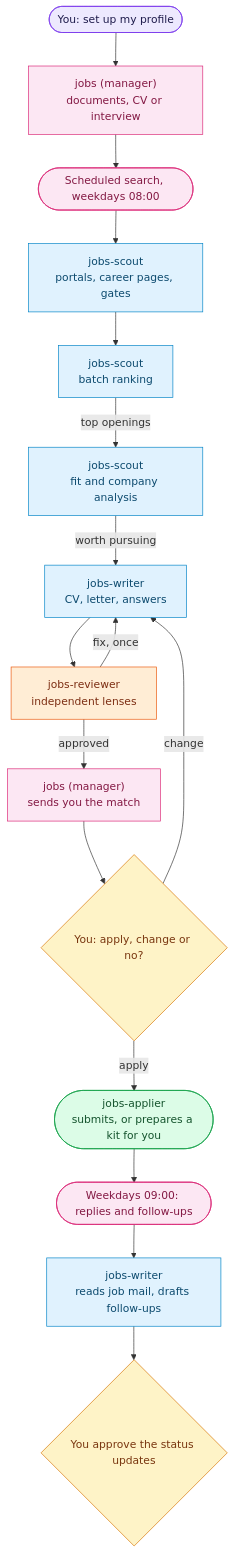
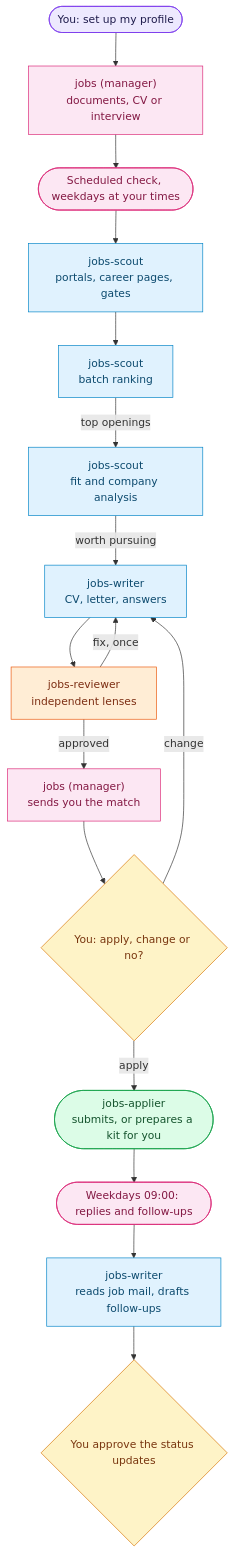
Before and after one commit to PuntoyComaTech/hermes-agent-squads: the diagram in squads/jobs/README.md, drawn with Mermaid. The commit also changed other lines of this file and 26 other files, not shown here.

````diff
--- a/squads/jobs/README.md
+++ b/squads/jobs/README.md
@@ -16,26 +16,26 @@
 ```mermaid
 flowchart TD
     U(["You: set up my profile"]):::you
     U --> J["jobs (manager)<br/>documents, CV or interview"]:::lead
-    J --> T(["Scheduled search, weekdays 08:00"]):::lead
+    J --> T(["Scheduled check, weekdays at your times"]):::lead
     T --> S["jobs-scout<br/>portals, career pages, gates"]:::bot
     S --> RK["jobs-scout<br/>batch ranking"]:::bot
     RK -->|"top openings"| AN["jobs-scout<br/>fit and company analysis"]:::bot
     AN -->|"worth pursuing"| W["jobs-writer<br/>CV, letter, answers"]:::bot
     W --> R["jobs-reviewer<br/>independent lenses"]:::check
     R -->|"fix, once"| W
     R -->|"approved"| D["jobs (manager)<br/>sends you the match"]:::lead
     D --> A{"You: apply, change or no?"}:::ask
     A -->|"change"| W
     A -->|"apply"| AP(["jobs-applier<br/>submits, or prepares a kit for you"]):::done
     AP --> F(["Weekdays 09:00: replies and follow-ups"]):::lead
     F --> IN["jobs-writer<br/>reads job mail, drafts follow-ups"]:::bot
     IN --> J2{"You approve the status updates"}:::ask
 
     classDef you fill:#ede9fe,stroke:#7c3aed,color:#1e1b4b
     classDef lead fill:#fce7f3,stroke:#db2777,color:#831843
     classDef bot fill:#e0f2fe,stroke:#0284c7,color:#0c4a6e
     classDef check fill:#ffedd5,stroke:#ea580c,color:#7c2d12
     classDef ask fill:#fef3c7,stroke:#d97706,color:#78350f
     classDef done fill:#dcfce7,stroke:#16a34a,color:#14532d
 ```
````
